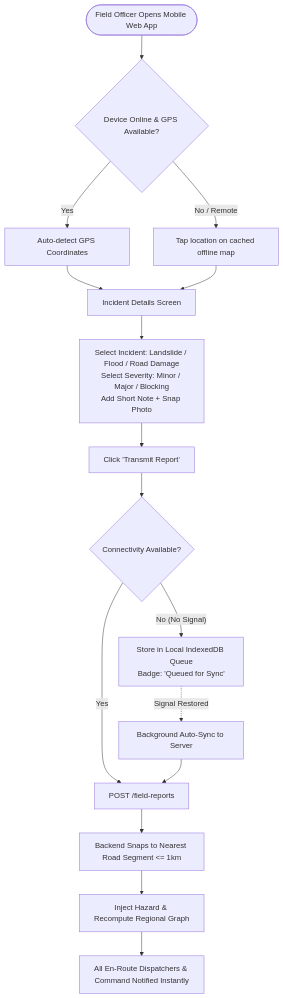
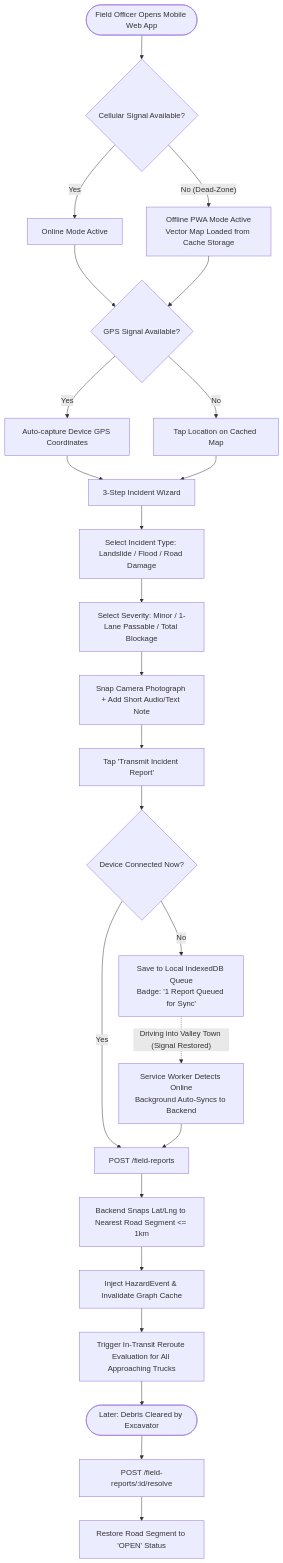
One commit to Nekosuss/sih-prototype changed the second of 6 diagrams in docs/USER_FLOWS_AND_UI_ARCHITECTURE.md. Above: the diagram before and after it, drawn with Mermaid. The commit also changed other lines of this file and 7 other files, not shown here.

Commit message:
docs: comprehensive PS 26002 requirements, stakeholder analysis, gap analysis, user flows & competitive research

````diff
--- a/docs/USER_FLOWS_AND_UI_ARCHITECTURE.md
+++ b/docs/USER_FLOWS_AND_UI_ARCHITECTURE.md
@@ -84,22 +106,35 @@
 ```mermaid
 flowchart TD
-    Start([Field Officer Opens Mobile Web App]) --> LocChoice{Device Online & GPS Available?}
-    LocChoice -- Yes --> AutoGPS[Auto-detect GPS Coordinates]
-    LocChoice -- No / Remote --> MapPick[Tap location on cached offline map]
+    Start([Field Officer Opens Mobile Web App]) --> NetCheck{Cellular Signal Available?}
     
-    AutoGPS --> Form[Incident Details Screen]
-    MapPick --> Form
+    NetCheck -- Yes --> OnlineMode[Online Mode Active]
+    NetCheck -- No (Dead-Zone) --> OfflineMode[Offline PWA Mode Active<br/>Vector Map Loaded from Cache Storage]
     
-    Form --> FormInputs[Select Incident: Landslide / Flood / Road Damage<br/>Select Severity: Minor / Major / Blocking<br/>Add Short Note + Snap Photo]
-    FormInputs --> Submit[Click 'Transmit Report']
+    OnlineMode --> LocDetect{GPS Signal Available?}
+    OfflineMode --> LocDetect
     
-    Submit --> NetCheck{Connectivity Available?}
-    NetCheck -- No (No Signal) --> OfflineQueue[Store in Local IndexedDB Queue<br/>Badge: 'Queued for Sync']
-    OfflineQueue -. Signal Restored .-> Sync[Background Auto-Sync to Server]
-    NetCheck -- Yes --> OnlinePost[POST /field-reports]
+    LocDetect -- Yes --> AutoGPS[Auto-capture Device GPS Coordinates]
+    LocDetect -- No --> TapMap[Tap Location on Cached Map]
     
-    Sync --> OnlinePost
-    OnlinePost --> Snap[Backend Snaps to Nearest Road Segment <= 1km]
-    Snap --> TriggerHazard[Inject Hazard & Recompute Regional Graph]
-    TriggerHazard --> Notify[All En-Route Dispatchers & Command Notified Instantly]
+    AutoGPS --> Form[3-Step Incident Wizard]
+    TapMap --> Form
+    
+    Form --> Step1[Select Incident Type: Landslide / Flood / Road Damage]
+    Step1 --> Step2[Select Severity: Minor / 1-Lane Passable / Total Blockage]
+    Step2 --> Step3[Snap Camera Photograph + Add Short Audio/Text Note]
+    Step3 --> Submit[Tap 'Transmit Incident Report']
+    
+    Submit --> SyncCheck{Device Connected Now?}
+    SyncCheck -- No --> IDBQueue[Save to Local IndexedDB Queue<br/>Badge: '1 Report Queued for Sync']
+    IDBQueue -. Driving into Valley Town (Signal Restored) .-> AutoSync[Service Worker Detects Online<br/>Background Auto-Syncs to Backend]
+    SyncCheck -- Yes --> DirectPost[POST /field-reports]
+    
+    AutoSync --> DirectPost
+    DirectPost --> Snap[Backend Snaps Lat/Lng to Nearest Road Segment <= 1km]
+    Snap --> Inject[Inject HazardEvent & Invalidate Graph Cache]
+    Inject --> RerouteTrigger[Trigger In-Transit Reroute Evaluation for All Approaching Trucks]
+    
+    RerouteTrigger --> ResolvedLater([Later: Debris Cleared by Excavator])
+    ResolvedLater --> ResolveAPI[POST /field-reports/:id/resolve]
+    ResolveAPI --> Restore[Restore Road Segment to 'OPEN' Status]
 ```
````
